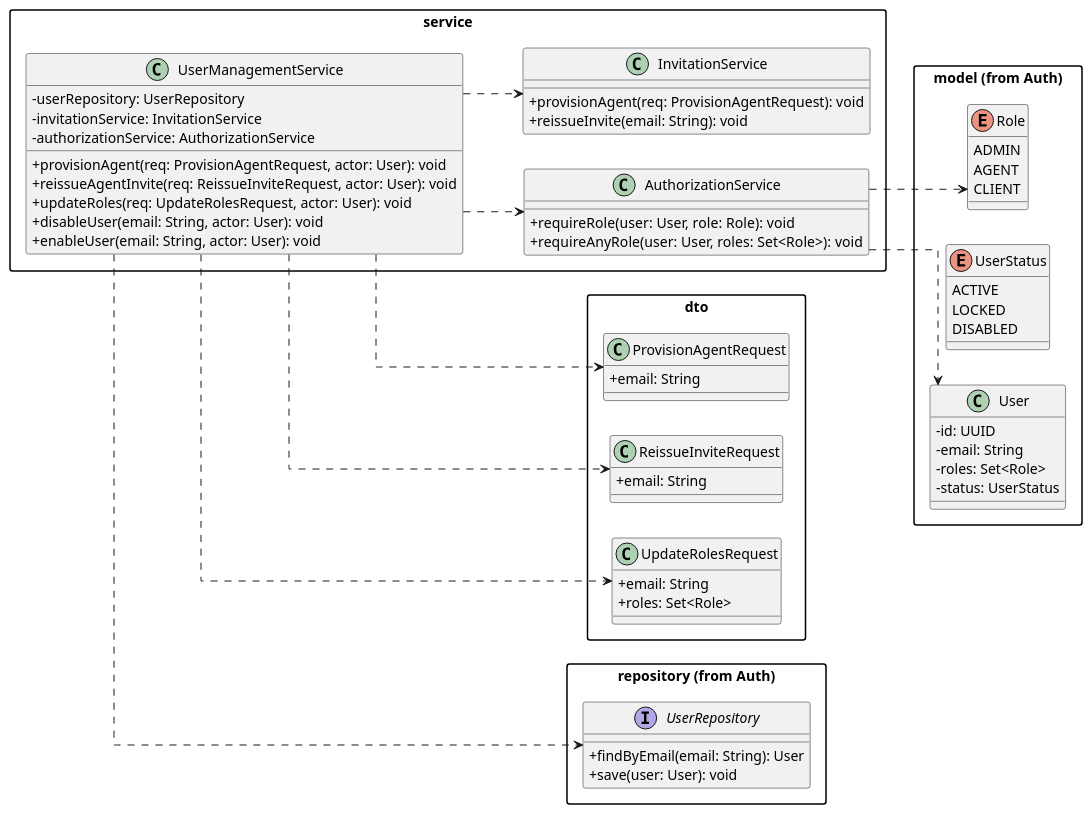
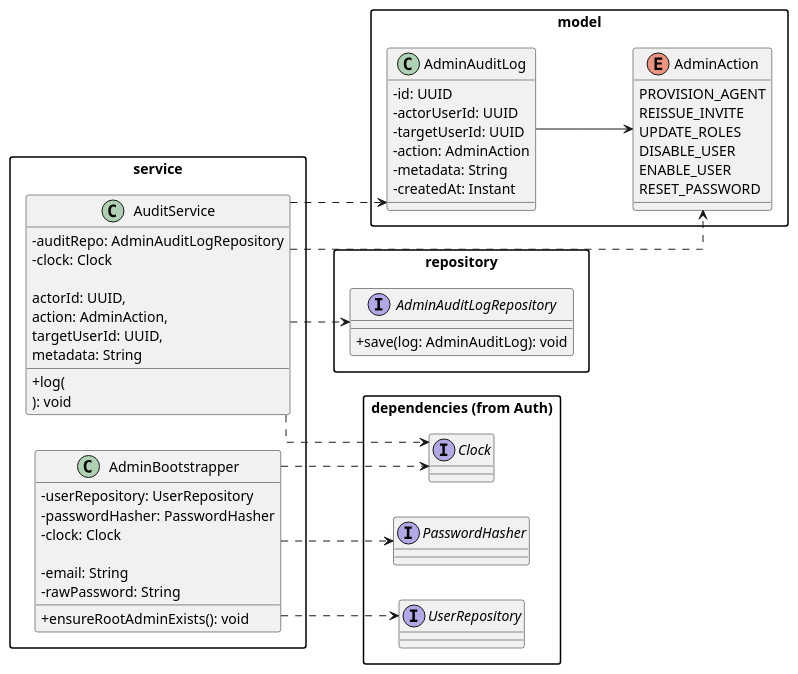
One commit to Balde01/SportDataPlatform changed the diagram in docs/plantuml/diagram-c-audit.puml. Above: the diagram before and after it, drawn with PlantUML. The commit also changed 5 other files, not shown here.

Commit message:
docs(architecture): align identity access diagrams

```diff
--- a/docs/plantuml/diagram-c-audit.puml
+++ b/docs/plantuml/diagram-c-audit.puml
@@ -1,96 +1,107 @@
 @startuml
 ' ============================================================
-' Diagram B - Admin / Provisioning
-' Purpose: manage AGENT accounts (invite, reissue, roles, status)
-' Depends on Identity/Auth (Diagram A)
+' Diagram C - Governance / Audit
+' Purpose:
+' - trace sensitive administrative actions
+' - ensure administrative accountability
+' - bootstrap the initial root administrator
+'
+' Depends on Identity/Auth and Admin/Provisioning
 ' ============================================================
 
 left to right direction
+
 skinparam linetype ortho
 skinparam classAttributeIconSize 0
 skinparam packageStyle rectangle
 
-package "model (from Auth)" {
+' =========================
+' MODEL
+' =========================
+package "model" {
 
-  enum Role {
-    ADMIN
-    AGENT
-    CLIENT
+  enum AdminAction {
+    PROVISION_AGENT
+    REISSUE_INVITE
+    UPDATE_ROLES
+    DISABLE_USER
+    ENABLE_USER
+    RESET_PASSWORD
   }
 
-  enum UserStatus {
-    ACTIVE
-    LOCKED
-    DISABLED
-  }
-
-  class User {
+  class AdminAuditLog {
     - id: UUID
-    - email: String
-    - roles: Set<Role>
-    - status: UserStatus
-  }
-}
-
-package "dto" {
-  class ProvisionAgentRequest {
-    + email: String
-  }
-
-  class ReissueInviteRequest {
-    + email: String
-  }
-
-  class UpdateRolesRequest {
-    + email: String
-    + roles: Set<Role>
-  }
-}
-
-package "repository (from Auth)" {
-  interface UserRepository {
-    + findByEmail(email: String): User
-    + save(user: User): void
-  }
-}
-
-package "service" {
-
-  class UserManagementService {
-    - userRepository: UserRepository
-    - invitationService: InvitationService
-    - authorizationService: AuthorizationService
-
-    + provisionAgent(req: ProvisionAgentRequest, actor: User): void
-    + reissueAgentInvite(req: ReissueInviteRequest, actor: User): void
-    + updateRoles(req: UpdateRolesRequest, actor: User): void
-    + disableUser(email: String, actor: User): void
-    + enableUser(email: String, actor: User): void
-  }
-
-  class AuthorizationService {
-    + requireRole(user: User, role: Role): void
-    + requireAnyRole(user: User, roles: Set<Role>): void
-  }
-
-  ' referenced from Diagram A
-  class InvitationService {
-    + provisionAgent(req: ProvisionAgentRequest): void
-    + reissueInvite(email: String): void
+    - actorUserId: UUID
+    - targetUserId: UUID
+    - action: AdminAction
+    - metadata: String
+    - createdAt: Instant
   }
 }
 
 ' =========================
-' Dependencies
+' REPOSITORY
 ' =========================
-UserManagementService ..> UserRepository
-UserManagementService ..> InvitationService
-UserManagementService ..> AuthorizationService
-UserManagementService ..> ProvisionAgentRequest
-UserManagementService ..> ReissueInviteRequest
-UserManagementService ..> UpdateRolesRequest
+package "repository" {
 
-AuthorizationService ..> User
-AuthorizationService ..> Role
+  interface AdminAuditLogRepository {
+    + save(log: AdminAuditLog): void
+  }
+}
+
+' =========================
+' SERVICES
+' =========================
+package "service" {
+
+  class AuditService {
+    - auditRepo: AdminAuditLogRepository
+    - clock: Clock
+
+    + log(
+        actorId: UUID,
+        action: AdminAction,
+        targetUserId: UUID,
+        metadata: String
+      ): void
+  }
+
+  class AdminBootstrapper {
+    - userRepository: UserRepository
+    - passwordHasher: PasswordHasher
+    - clock: Clock
+
+    - email: String
+    - rawPassword: String
+
+    + ensureRootAdminExists(): void
+  }
+}
+
+' =========================
+' DEPENDENCIES FROM AUTH
+' =========================
+package "dependencies (from Auth)" {
+
+  interface Clock
+
+  interface PasswordHasher
+
+  interface UserRepository
+}
+
+' =========================
+' RELATIONSHIPS
+' =========================
+AdminAuditLog --> AdminAction
+
+AuditService ..> AdminAuditLogRepository
+AuditService ..> AdminAuditLog
+AuditService ..> AdminAction
+AuditService ..> Clock
+
+AdminBootstrapper ..> UserRepository
+AdminBootstrapper ..> PasswordHasher
+AdminBootstrapper ..> Clock
 
 @enduml
```
